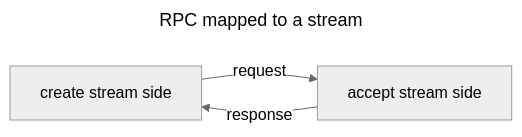
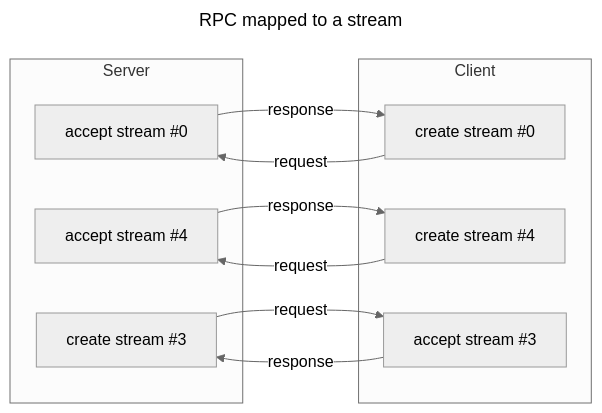
Before and after one commit to icerpc/icerpc-docs: the diagram in pages/docs/icerpc-core/icerpc-protocol/mapping-rpcs-to-streams.md, drawn with Mermaid (neutral theme).

Commit message:
Improve diagram

````diff
--- a/pages/docs/icerpc-core/icerpc-protocol/mapping-rpcs-to-streams.md
+++ b/pages/docs/icerpc-core/icerpc-protocol/mapping-rpcs-to-streams.md
@@ -18,8 +18,22 @@
 ```mermaid
 ---
 title: RPC mapped to a stream
 ---
 flowchart LR
-    outbound[create stream side] --request --> inbound[accept stream side]
-    inbound --response --> outbound
+    subgraph Server
+    inbound0["accept stream #0"]
+    inbound4["accept stream #4"]
+    outbound3["create stream #3"]
+    end
+    subgraph Client
+    outbound0["create stream #0"]
+    outbound4["create stream #4"]
+    inbound3["accept stream #3"]
+    end
+    outbound0 --request --> inbound0
+    inbound0 --response --> outbound0
+    outbound4 --request --> inbound4
+    inbound4 --response --> outbound4
+    outbound3 --request --> inbound3
+     inbound3 --response --> outbound3
 ```
````
